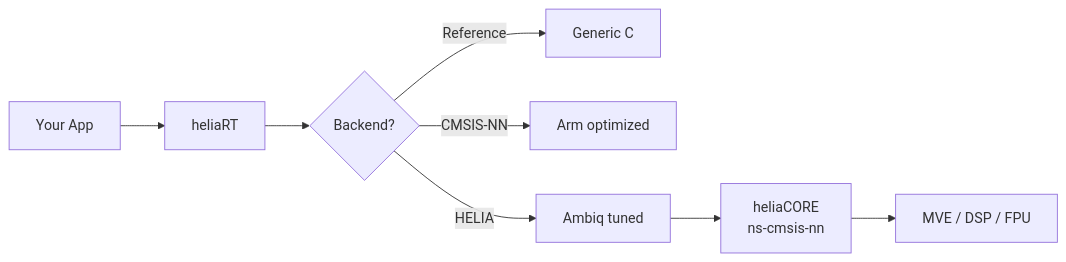
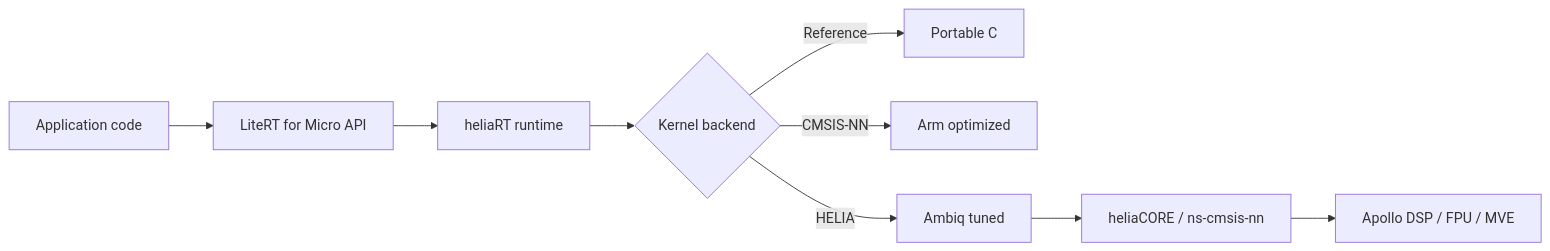
The diagram in docs/why-helia-rt.md (AmbiqAI/helia-rt), drawn with Mermaid before and after one commit. The commit also changed other lines of this file and 1 other file, not shown here.

````diff
--- a/docs/why-helia-rt.md
+++ b/docs/why-helia-rt.md
@@ -18,10 +58,11 @@
 ```mermaid
 graph LR
-    A[Your App] --> B[heliaRT]
-    B --> C{Backend?}
-    C -->|Reference| D[Generic C]
-    C -->|CMSIS-NN| E[Arm optimized]
-    C -->|HELIA| F[Ambiq tuned]
-    F --> G[heliaCORE<br/>ns-cmsis-nn]
-    G --> H[MVE / DSP / FPU]
+    A[Application code] --> B[LiteRT for Micro API]
+    B --> C[heliaRT runtime]
+    C --> D{Kernel backend}
+    D -->|Reference| E[Portable C]
+    D -->|CMSIS-NN| F[Arm optimized]
+    D -->|HELIA| G[Ambiq tuned]
+    G --> H[heliaCORE / ns-cmsis-nn]
+    H --> I[Apollo DSP / FPU / MVE]
 ```
````
